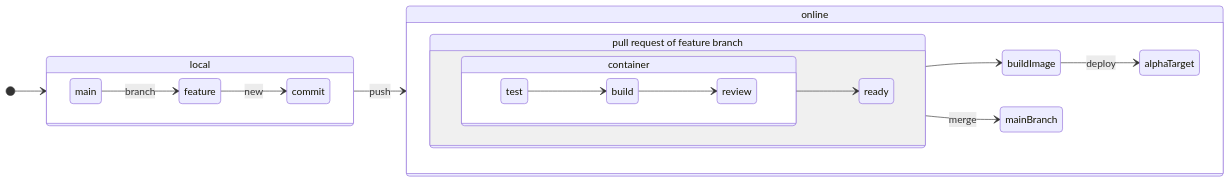
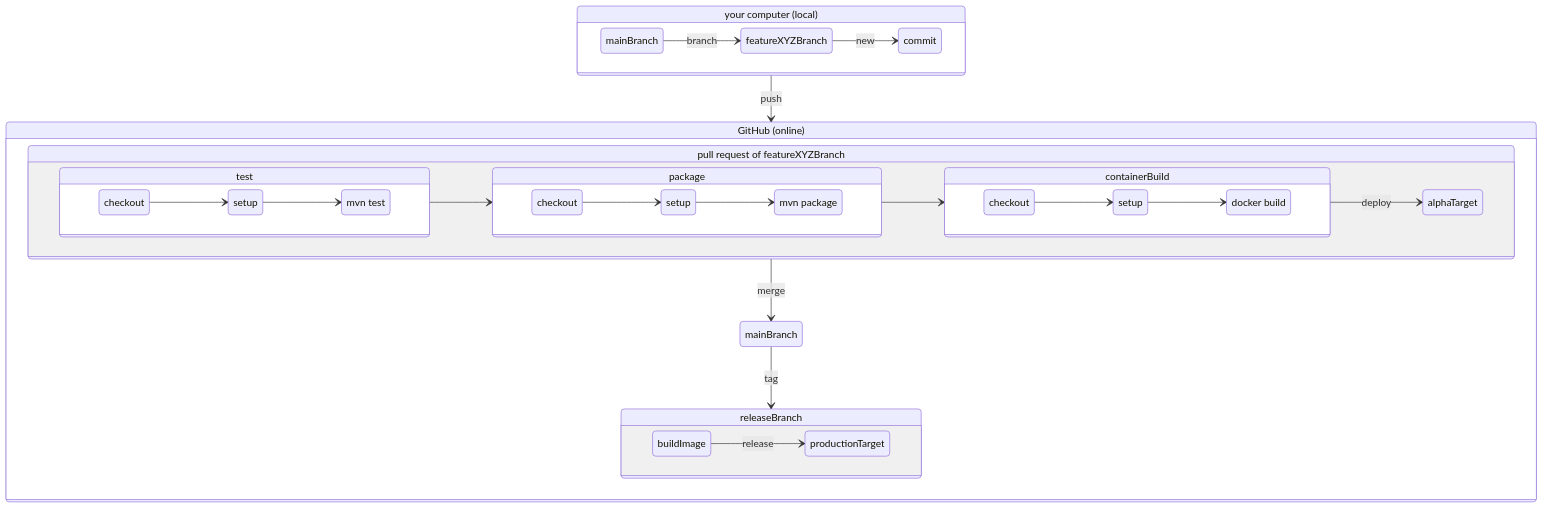
The second of 2 diagrams in README.md (hsd-inflab/se3), drawn with Mermaid before and after one commit. The commit also changed other lines of this file and 2 other files, not shown here.

Commit message:
update readme and fake false test

````diff
--- a/README.md
+++ b/README.md
@@ -48,39 +48,65 @@
 ```mermaid
 stateDiagram
-  direction LR
-  local: local
+  local: your computer (local)
+  localMain: mainBranch
+  localFeature: featureXYZBranch
   
-  online: online
-  pr: pull request of feature branch
-  container: container
-
-  [*] --> local
+  online: GitHub (online)
+  pr: pull request of featureXYZBranch
+  onlineMain: mainBranch
+  onlineRelease: releaseBranch
+  containerTest: test
+  containerTestCheckout: checkout
+  containerTestSetup: setup
+  containerTestTest: mvn test
+  containerPackage: package
+  containerPackageCheckout: checkout
+  containerPackageSetup: setup
+  containerPackagePackage: mvn package
+  containerBuildImage: docker build
+  containerBuildImageCheckout: checkout
+  containerBuildImageSetup: setup
 
   state local {
     direction LR
-    main --> feature : branch
-    feature --> commit : new
+    localMain --> localFeature : branch
+    localFeature --> commit : new
   }
   
   local--> online : push
   state online {
 
     state pr {
       direction LR
       
-      state container {
+      state containerTest {
         direction LR
-        test --> build
-        build --> review
+        containerTestCheckout --> containerTestSetup
+        containerTestSetup --> containerTestTest
       }
-      container --> ready
-    }
-    pr --> buildImage
-    buildImage --> alphaTarget : deploy
+      containerTest --> containerPackage
+      state containerPackage {
+        direction LR
+        containerPackageCheckout --> containerPackageSetup
+        containerPackageSetup --> containerPackagePackage
+      }
+   
+      state containerBuild {
+        direction LR
+        containerBuildImageCheckout --> containerBuildImageSetup
+        containerBuildImageSetup --> containerBuildImage
+      }
+      containerPackage --> containerBuild
+      containerBuild --> alphaTarget : deploy
+    }    
+    pr --> onlineMain : merge
 
-    direction LR
-    
-    pr --> mainBranch : merge
+    onlineMain --> onlineRelease : tag
+
+    state onlineRelease {
+      direction LR
+      buildImage --> productionTarget : release
+    }   
   }
   
 ```
````
